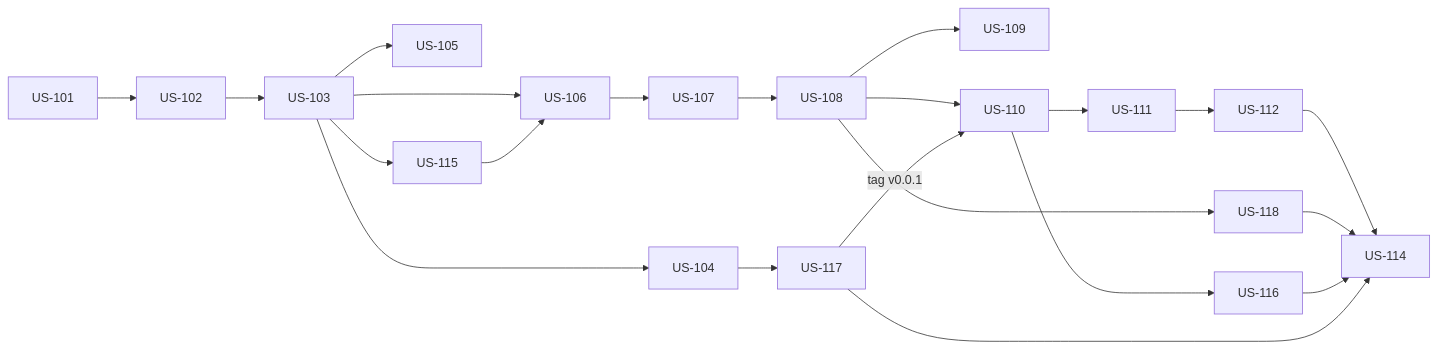
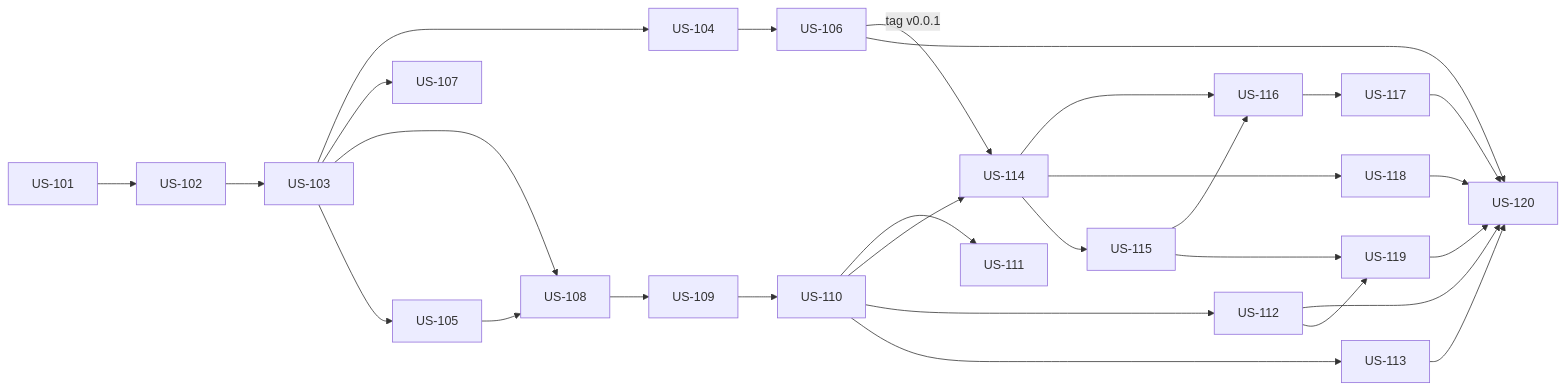
The third of 3 diagrams in docs/PRD.md (Stack-dos/datacenter-tycoon), drawn with Mermaid before and after one commit. The commit also changed other lines of this file and 1 other file, not shown here.

````diff
--- a/docs/PRD.md
+++ b/docs/PRD.md
@@ -741,14 +1049,18 @@
 ```mermaid
 flowchart LR
     US-101 --> US-102 --> US-103
     US-103 --> US-104
-    US-103 --> US-105
-    US-103 --> US-106 --> US-107 --> US-108 --> US-109
-    US-108 --> US-110 --> US-111 --> US-112 --> US-114
-    US-103 --> US-115 --> US-106
-    US-104 --> US-117
-    US-117 -->|tag v0.0.1| US-110
-    US-108 --> US-118 --> US-114
-    US-110 --> US-116 --> US-114
-    US-117 --> US-114
+    US-103 --> US-107
+    US-103 --> US-108 --> US-109 --> US-110 --> US-111
+    US-110 --> US-114 --> US-116 --> US-117 --> US-120
+    US-103 --> US-105 --> US-108
+    US-104 --> US-106
+    US-106 -->|tag v0.0.1| US-114
+    US-110 --> US-112 --> US-120
+    US-114 --> US-118 --> US-120
+    US-106 --> US-120
+    US-110 --> US-113 --> US-120
+    US-114 --> US-115 --> US-116
+    US-115 --> US-119 --> US-120
+    US-112 --> US-119
 ```
````
